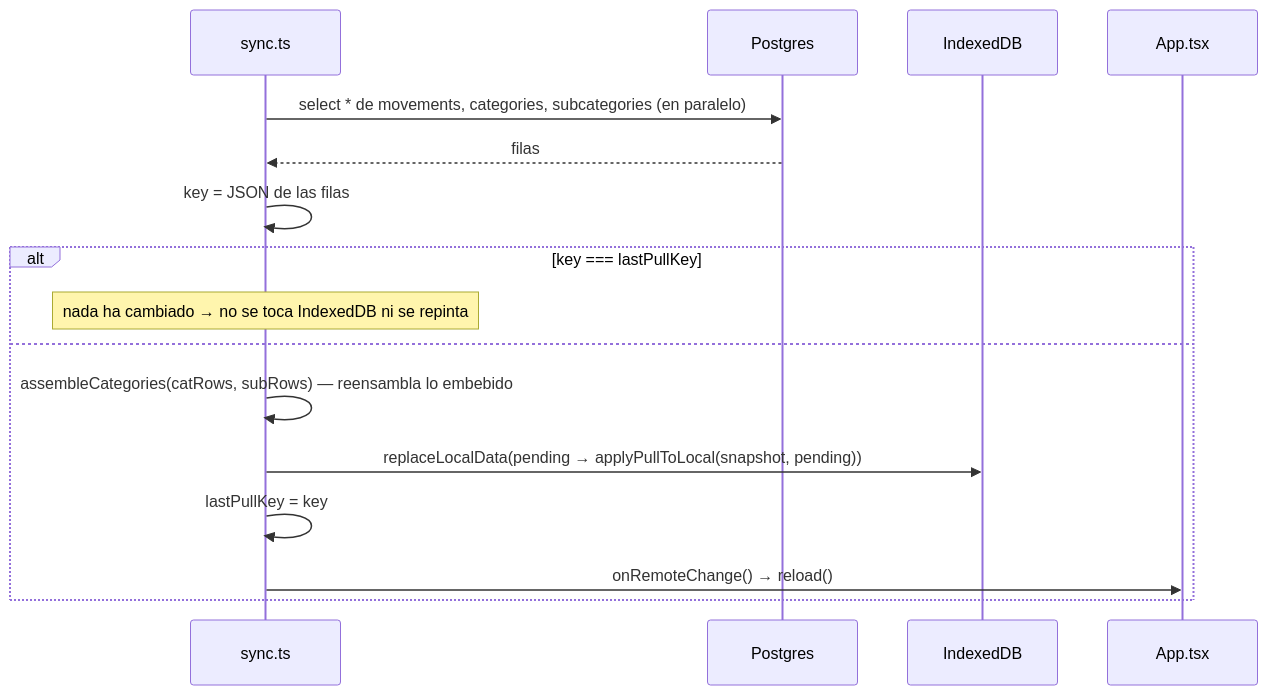
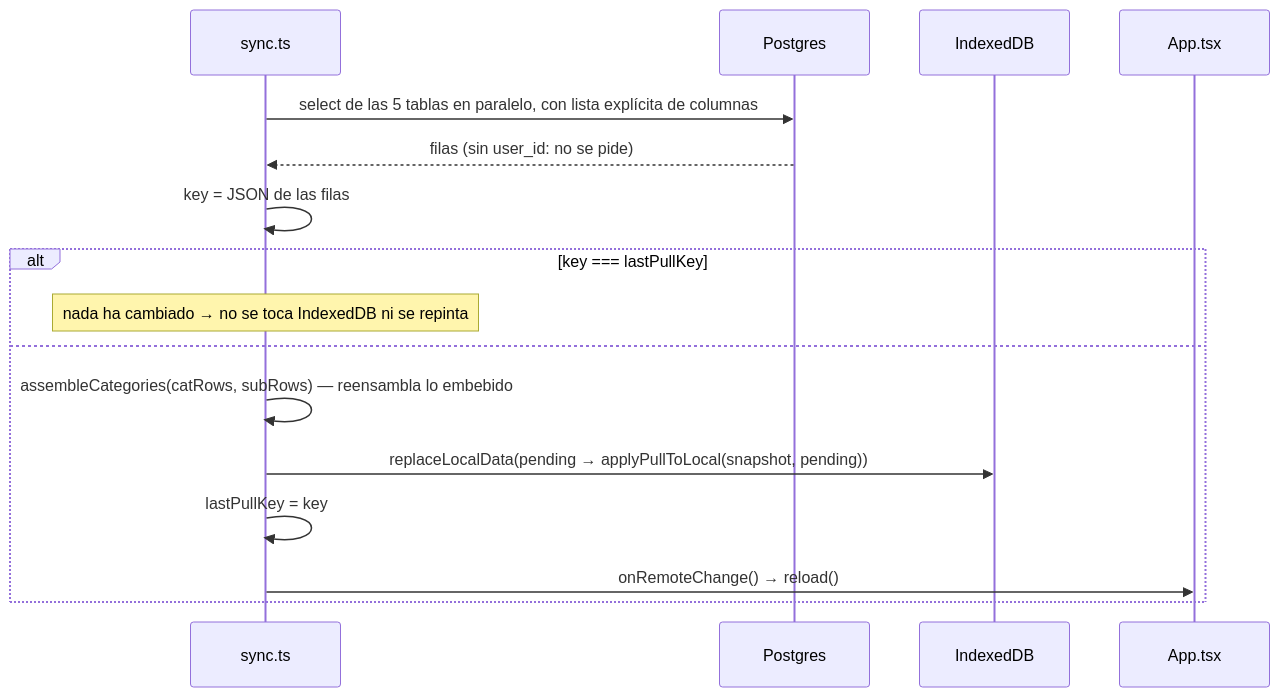
The second of 2 diagrams in docs/flows/pull.md (JoseCarlosCabelloTejero/FinHub), drawn with Mermaid before and after one commit. The commit also changed other lines of this file and 8 other files, not shown here.

````diff
--- a/docs/flows/pull.md
+++ b/docs/flows/pull.md
@@ -48,19 +54,19 @@
 ```mermaid
 sequenceDiagram
     participant S as sync.ts
     participant PG as Postgres
     participant DB as IndexedDB
     participant A as App.tsx
 
-    S->>PG: select * de movements, categories, subcategories (en paralelo)
-    PG-->>S: filas
+    S->>PG: select de las 5 tablas en paralelo, con lista explícita de columnas
+    PG-->>S: filas (sin user_id: no se pide)
     S->>S: key = JSON de las filas
     alt key === lastPullKey
         Note over S: nada ha cambiado → no se toca IndexedDB ni se repinta
     else
         S->>S: assembleCategories(catRows, subRows) — reensambla lo embebido
         S->>DB: replaceLocalData(pending → applyPullToLocal(snapshot, pending))
         S->>S: lastPullKey = key
         S->>A: onRemoteChange() → reload()
     end
 ```
````
